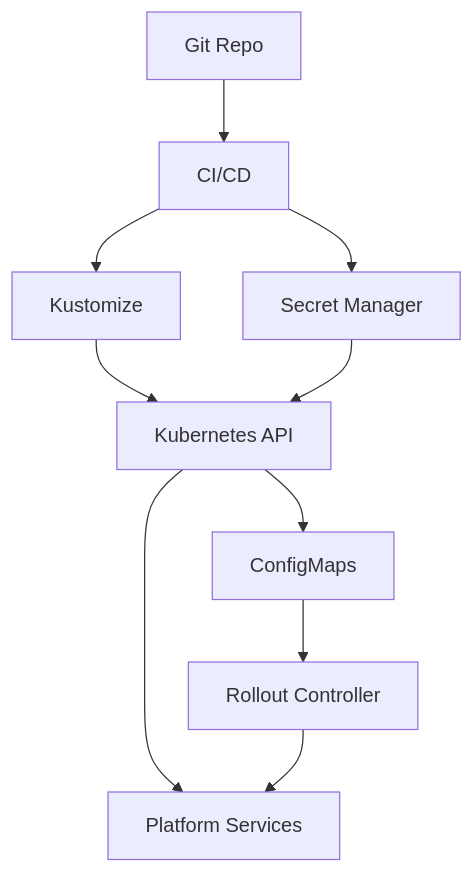
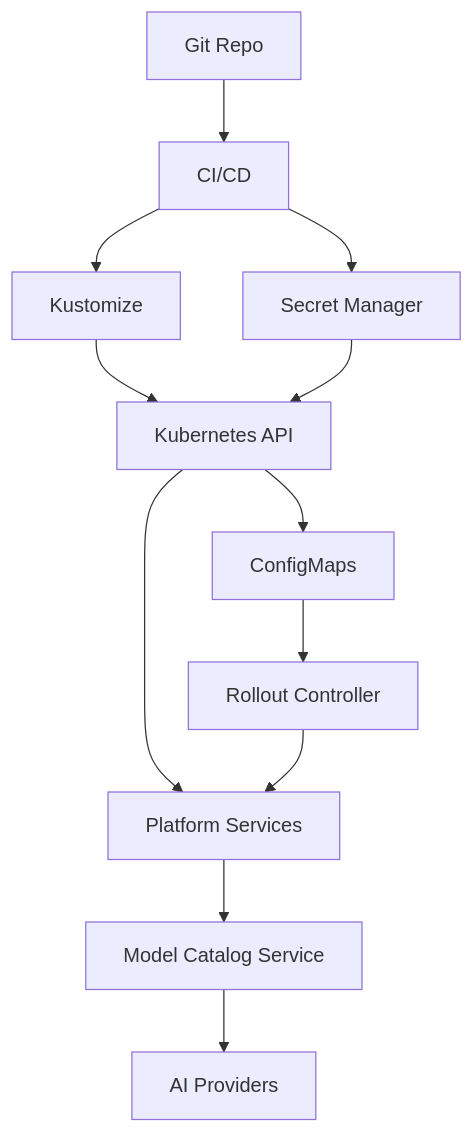
The seventh of 7 diagrams in .qoder/repowiki/en/content/Deployment and Operations/GitOps Workflow.md (metasync/luban-aiops), drawn with Mermaid before and after one commit. The commit also changed other lines of this file and 3 other files, not shown here.

````diff
--- a/.qoder/repowiki/en/content/Deployment and Operations/GitOps Workflow.md
+++ b/.qoder/repowiki/en/content/Deployment and Operations/GitOps Workflow.md
@@ -363,12 +374,14 @@
 ```mermaid
 graph TB
 Git["Git Repo"] --> CI["CI/CD"]
 CI --> Kust["Kustomize"]
 Kust --> K8s["Kubernetes API"]
 CI --> Secrets["Secret Manager"]
 Secrets --> K8s
 K8s --> Apps["Platform Services"]
 K8s --> CM["ConfigMaps"]
 CM --> Rollout["Rollout Controller"]
 Rollout --> Apps
+Apps --> ModelCatalog["Model Catalog Service"]
+ModelCatalog --> Providers["AI Providers"]
 ```
````
